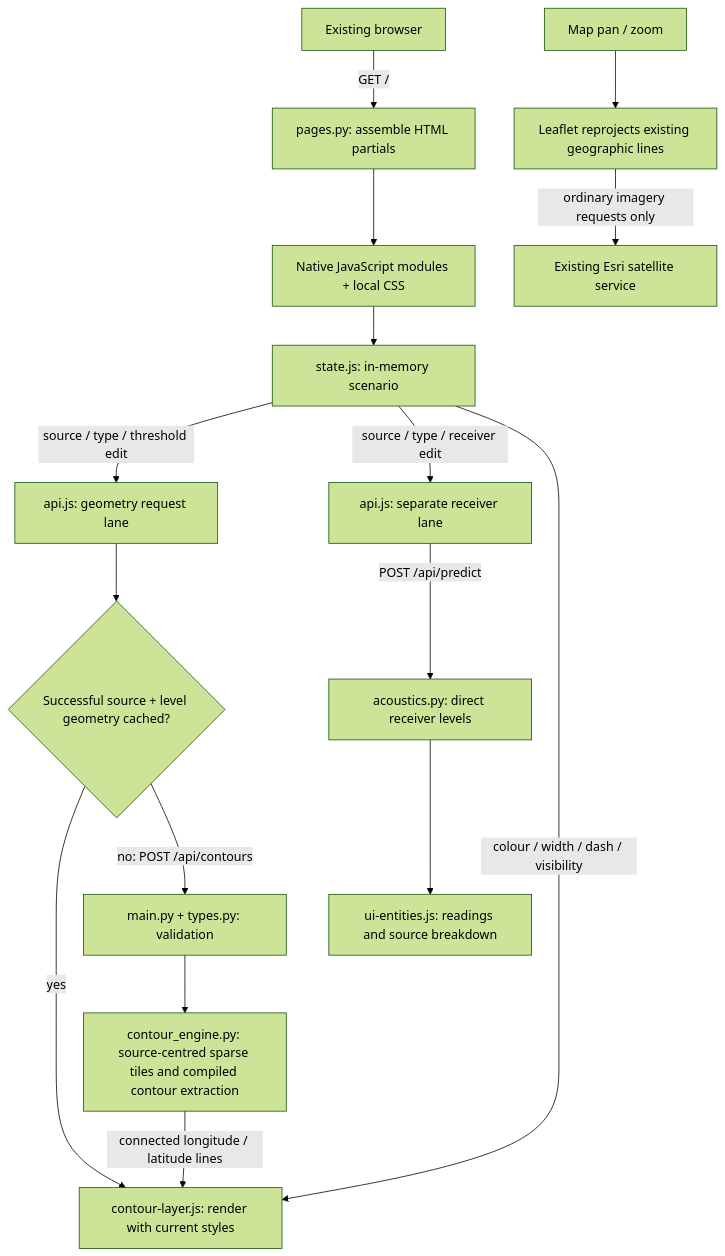
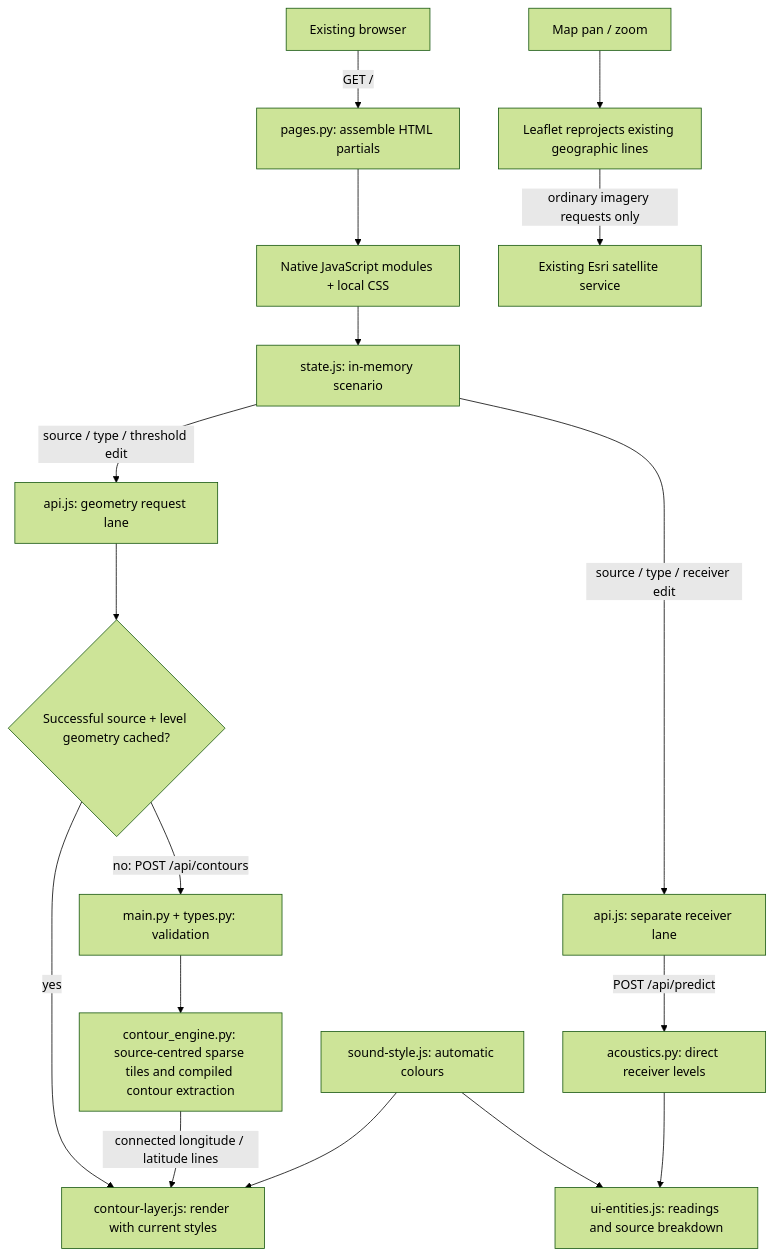
Before and after one commit to Jakespitteler/Sound-Model: the first of 2 diagrams in ARCHITECURE.md, drawn with Mermaid (forest theme). The commit also changed other lines of this file and 5 other files, not shown here.

````diff
--- a/ARCHITECURE.md
+++ b/ARCHITECURE.md
@@ -49,18 +53,19 @@
 ```mermaid
 flowchart TD
     Browser[Existing browser] -->|GET /| Page[pages.py: assemble HTML partials]
     Page --> Modules[Native JavaScript modules + local CSS]
     Modules --> State[state.js: in-memory scenario]
     State -->|source / type / threshold edit| GeometryLane[api.js: geometry request lane]
     GeometryLane --> Cache{Successful source + level geometry cached?}
     Cache -->|yes| Lines[contour-layer.js: render with current styles]
     Cache -->|no: POST /api/contours| API[main.py + types.py: validation]
     API --> Adaptive[contour_engine.py: source-centred sparse tiles and compiled contour extraction]
     Adaptive -->|connected longitude / latitude lines| Lines
     State -->|source / type / receiver edit| ReceiverLane[api.js: separate receiver lane]
     ReceiverLane -->|POST /api/predict| Physics[acoustics.py: direct receiver levels]
     Physics --> Readings[ui-entities.js: readings and source breakdown]
-    State -->|colour / width / dash / visibility| Lines
+    Scale[sound-style.js: automatic colours] --> Lines
+    Scale --> Readings
     Camera[Map pan / zoom] --> Leaflet[Leaflet reprojects existing geographic lines]
     Leaflet -->|ordinary imagery requests only| Tiles[Existing Esri satellite service]
 ```
````
